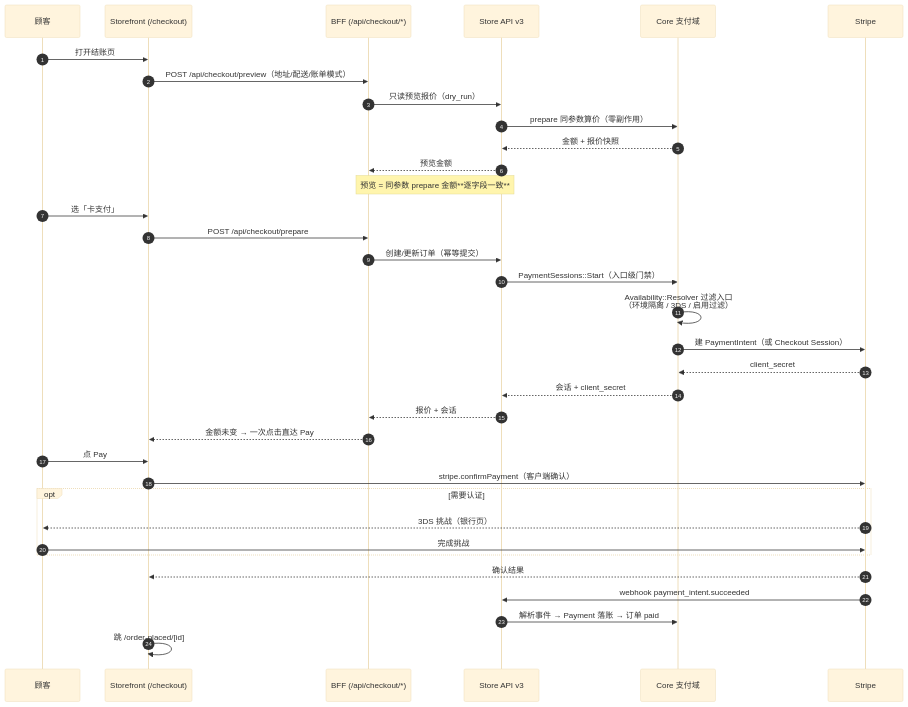
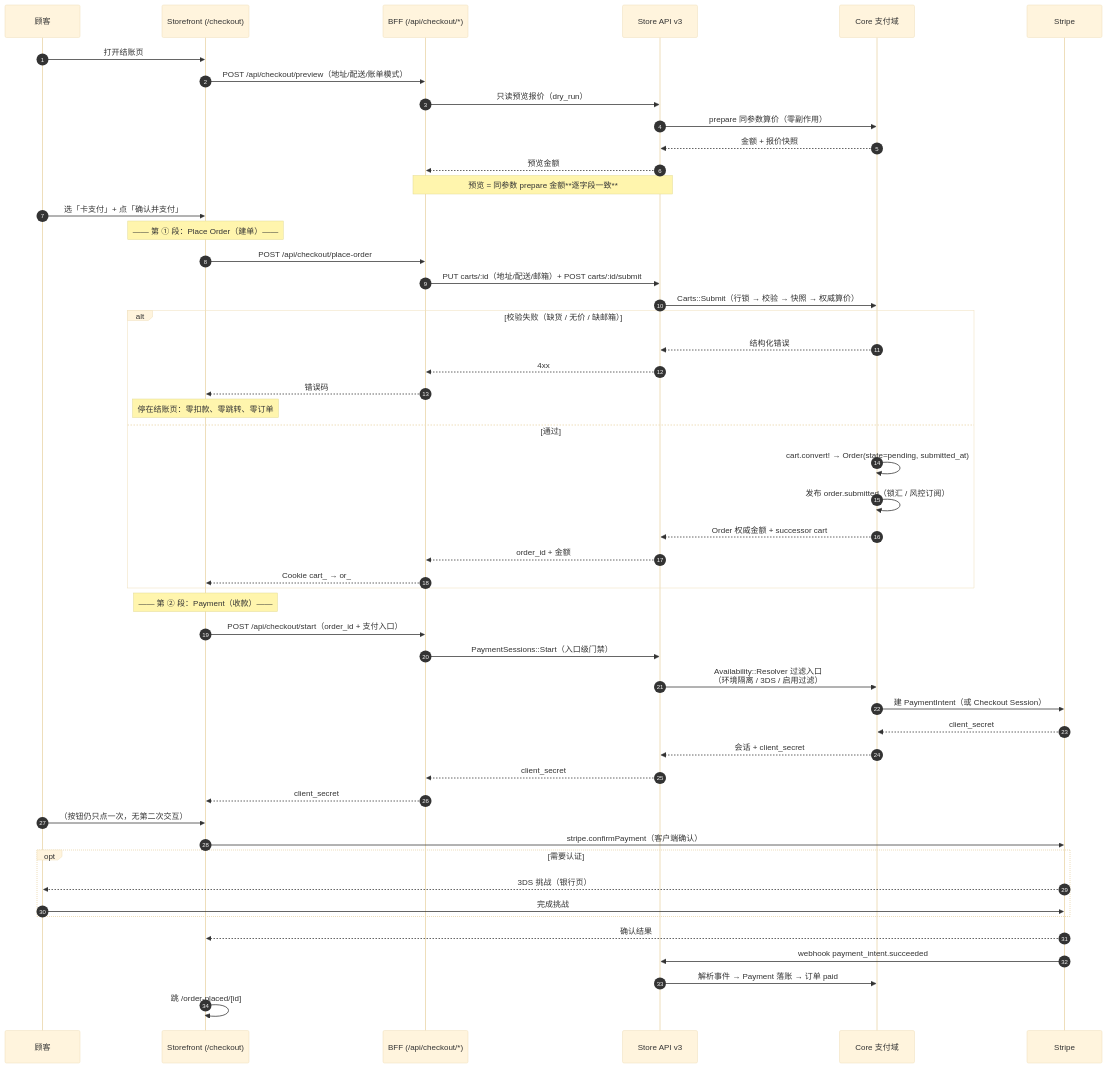
Before and after one commit to stevenbian9266-cyber/pallastrade: the fourth of 15 diagrams in docs/design/payment-convergence-stripe-only.md, drawn with Mermaid (base theme). The commit also changed other lines of this file, not shown here.

First line of the commit message:
研究：下单编排加入显式 Place Order 阶段（点击付款 → 先下单 → 成功再付款）

````diff
--- a/docs/design/payment-convergence-stripe-only.md
+++ b/docs/design/payment-convergence-stripe-only.md
@@ -128,40 +263,56 @@
 ```mermaid
 sequenceDiagram
   autonumber
   participant U as 顾客
   participant SF as Storefront (/checkout)
   participant BFF as BFF (/api/checkout/*)
   participant API as Store API v3
   participant CORE as Core 支付域
   participant ST as Stripe
 
   U->>SF: 打开结账页
   SF->>BFF: POST /api/checkout/preview（地址/配送/账单模式）
   BFF->>API: 只读预览报价（dry_run）
   API->>CORE: prepare 同参数算价（零副作用）
   CORE-->>API: 金额 + 报价快照
   API-->>BFF: 预览金额
   Note over BFF,API: 预览 = 同参数 prepare 金额**逐字段一致**
 
-  U->>SF: 选「卡支付」
-  SF->>BFF: POST /api/checkout/prepare
-  BFF->>API: 创建/更新订单（幂等提交）
-  API->>CORE: PaymentSessions::Start（入口级门禁）
-  CORE->>CORE: Availability::Resolver 过滤入口<br/>（环境隔离 / 3DS / 启用过滤）
+  U->>SF: 选「卡支付」+ 点「确认并支付」
+  Note over SF: —— 第 ① 段：Place Order（建单）——
+  SF->>BFF: POST /api/checkout/place-order
+  BFF->>API: PUT carts/:id（地址/配送/邮箱）+ POST carts/:id/submit
+  API->>CORE: Carts::Submit（行锁 → 校验 → 快照 → 权威算价）
+  alt 校验失败（缺货 / 无价 / 缺邮箱）
+    CORE-->>API: 结构化错误
+    API-->>BFF: 4xx
+    BFF-->>SF: 错误码
+    Note over SF: 停在结账页：零扣款、零跳转、零订单
+  else 通过
+    CORE->>CORE: cart.convert! → Order(state=pending, submitted_at)
+    CORE->>CORE: 发布 order.submitted（锁汇 / 风控订阅）
+    CORE-->>API: Order 权威金额 + successor cart
+    API-->>BFF: order_id + 金额
+    BFF-->>SF: Cookie cart_ → or_
+  end
+  Note over SF: —— 第 ② 段：Payment（收款）——
+  SF->>BFF: POST /api/checkout/start（order_id + 支付入口）
+  BFF->>API: PaymentSessions::Start（入口级门禁）
+  API->>CORE: Availability::Resolver 过滤入口<br/>（环境隔离 / 3DS / 启用过滤）
   CORE->>ST: 建 PaymentIntent（或 Checkout Session）
   ST-->>CORE: client_secret
   CORE-->>API: 会话 + client_secret
-  API-->>BFF: 报价 + 会话
-  BFF-->>SF: 金额未变 → 一次点击直达 Pay
+  API-->>BFF: client_secret
+  BFF-->>SF: client_secret
 
-  U->>SF: 点 Pay
+  U->>SF: （按钮仍只点一次，无第二次交互）
   SF->>ST: stripe.confirmPayment（客户端确认）
   opt 需要认证
     ST-->>U: 3DS 挑战（银行页）
     U->>ST: 完成挑战
   end
   ST-->>SF: 确认结果
   ST->>API: webhook payment_intent.succeeded
   API->>CORE: 解析事件 → Payment 落账 → 订单 paid
   SF->>SF: 跳 /order-placed/[id]
 ```
````
